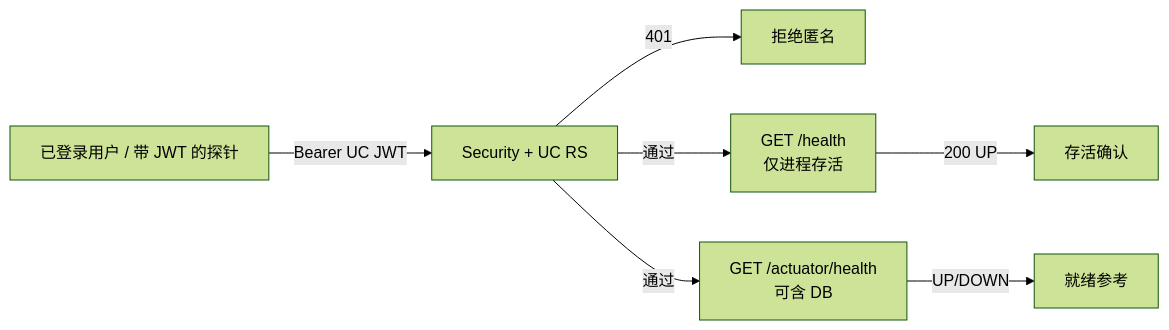
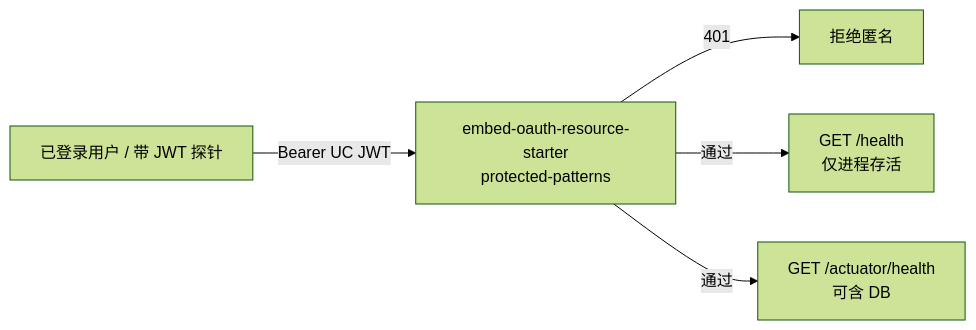
The first of 2 diagrams in token-gateway/docs/design/US-G0-14-健康检查与结构化日志设计.md (Pedro-MAFS/ftcs), drawn with Mermaid (forest theme) before and after one commit. The commit also changed other lines of this file and 15 other files, not shown here.

````diff
--- a/token-gateway/docs/design/US-G0-14-健康检查与结构化日志设计.md
+++ b/token-gateway/docs/design/US-G0-14-健康检查与结构化日志设计.md
@@ -64,9 +68,7 @@
 ```mermaid
 flowchart LR
-  User["已登录用户 / 带 JWT 的探针"] -->|Bearer UC JWT| Auth["Security + UC RS"]
-  Auth -->|401| Reject["拒绝匿名"]
-  Auth -->|通过| Liveness["GET /health\n仅进程存活"]
-  Auth -->|通过| Ready["GET /actuator/health\n可含 DB"]
-  Liveness -->|200 UP| Ok["存活确认"]
-  Ready -->|UP/DOWN| ReadyResult["就绪参考"]
+  User["已登录用户 / 带 JWT 探针"] -->|Bearer UC JWT| RS["embed-oauth-resource-starter\nprotected-patterns"]
+  RS -->|401| Reject["拒绝匿名"]
+  RS -->|通过| Liveness["GET /health\n仅进程存活"]
+  RS -->|通过| Ready["GET /actuator/health\n可含 DB"]
 ```
````
